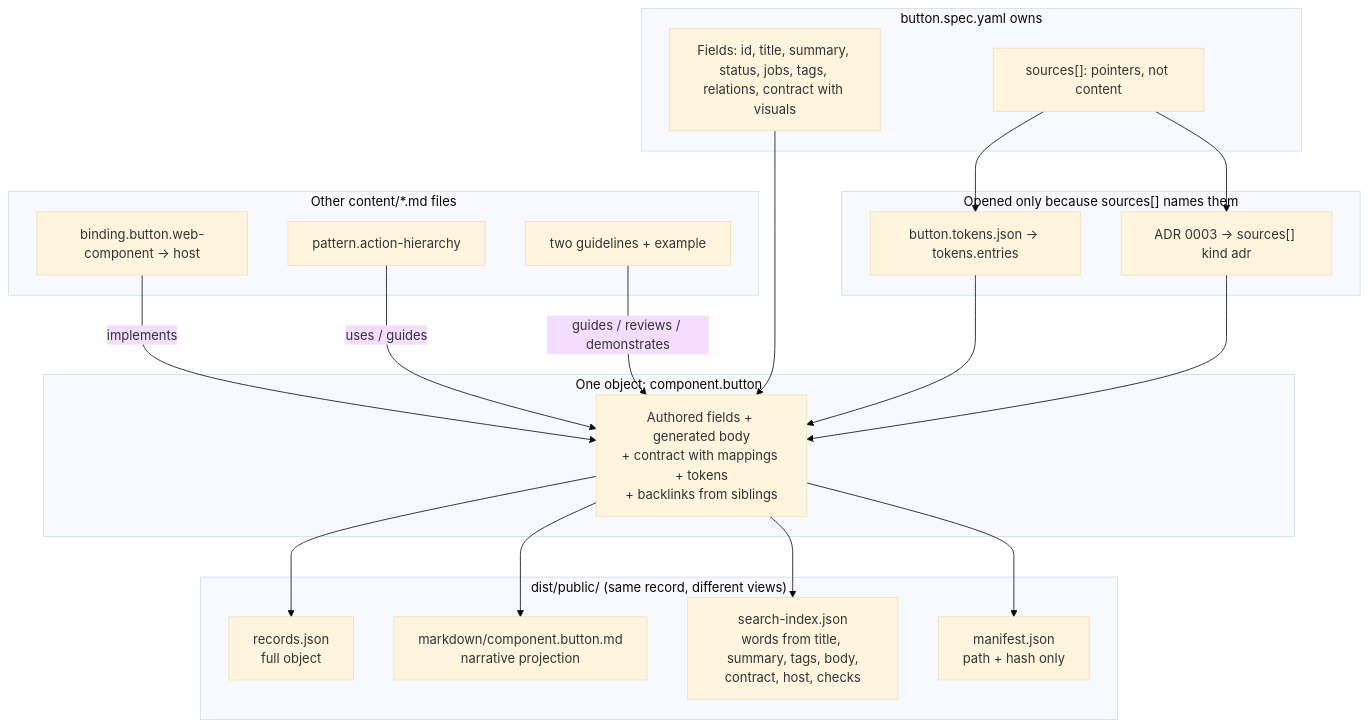
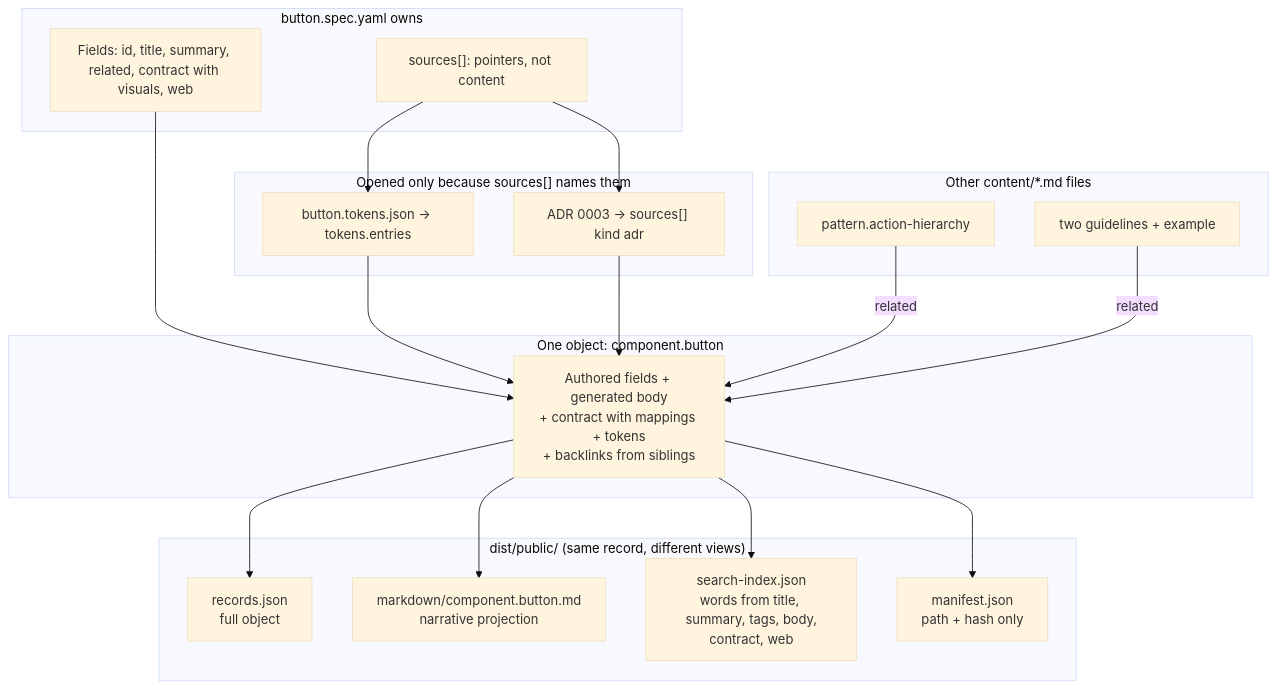
One commit to stevegreco/taproot changed the diagram in docs/knowledge/README.md. Above: the diagram before and after it, drawn with Mermaid (base theme). The commit also changed other lines of this file and 13 other files, not shown here.

````diff
--- a/docs/knowledge/README.md
+++ b/docs/knowledge/README.md
@@ -74,42 +78,40 @@
 ```mermaid
 flowchart TB
   subgraph authored["button.spec.yaml owns"]
-    FM["Fields: id, title, summary, status, jobs, tags, relations, contract with visuals"]
+    FM["Fields: id, title, summary, related, contract with visuals, web"]
     SRC["sources[]: pointers, not content"]
   end
 
   subgraph domain["Opened only because sources[] names them"]
     TOK["button.tokens.json → tokens.entries"]
     ADR["ADR 0003 → sources[] kind adr"]
   end
 
   subgraph siblings["Other content/*.md files"]
-    BIND["binding.button.web-component → host"]
     PAT["pattern.action-hierarchy"]
     GL["two guidelines + example"]
   end
 
   subgraph record["One object: component.button"]
     R["Authored fields + generated body<br/>+ contract with mappings + tokens<br/>+ backlinks from siblings"]
   end
 
   subgraph dist["dist/public/  (same record, different views)"]
     JSON["records.json<br/>full object"]
     MD["markdown/component.button.md<br/>narrative projection"]
-    IDX["search-index.json<br/>words from title, summary, tags, body,<br/>contract, host, checks"]
+    IDX["search-index.json<br/>words from title, summary, tags, body,<br/>contract, web"]
     MAN["manifest.json<br/>path + hash only"]
   end
 
   FM --> R
   SRC --> TOK
   SRC --> ADR
-  BIND -->|"implements"| R
   TOK --> R
   ADR --> R
-  PAT -->|"uses / guides"| R
-  GL -->|"guides / reviews / demonstrates"| R
+  PAT -->|"related"| R
+  GL -->|"related"| R
   R --> JSON
   R --> MD
   R --> IDX
   R --> MAN
 ```
````
